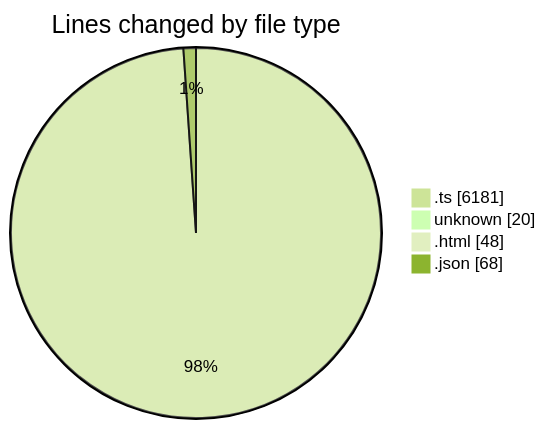
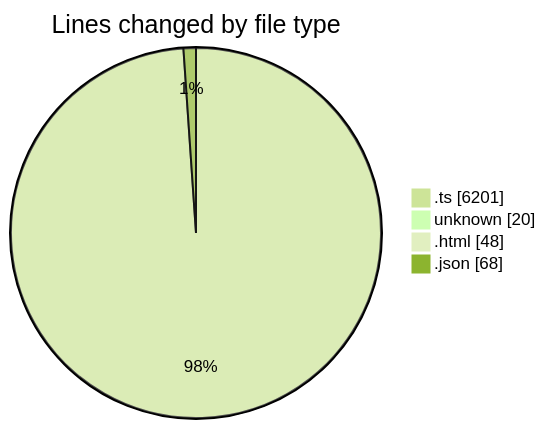
One commit to tmsrecording-cyber/code-tracking changed the first of 2 diagrams in 2026-02-06/singularitybrainai/README.md. Above: the diagram before and after it, drawn with Mermaid (forest theme). The commit also changed other lines of this file and 1 other file, not shown here.

````diff
--- a/2026-02-06/singularitybrainai/README.md
+++ b/2026-02-06/singularitybrainai/README.md
@@ -32,8 +32,8 @@
 ```mermaid
 pie showData
 title Lines changed by file type
-".ts" : 6181
+".ts" : 6201
 "unknown" : 20
 ".html" : 48
 ".json" : 68
 ```
````
